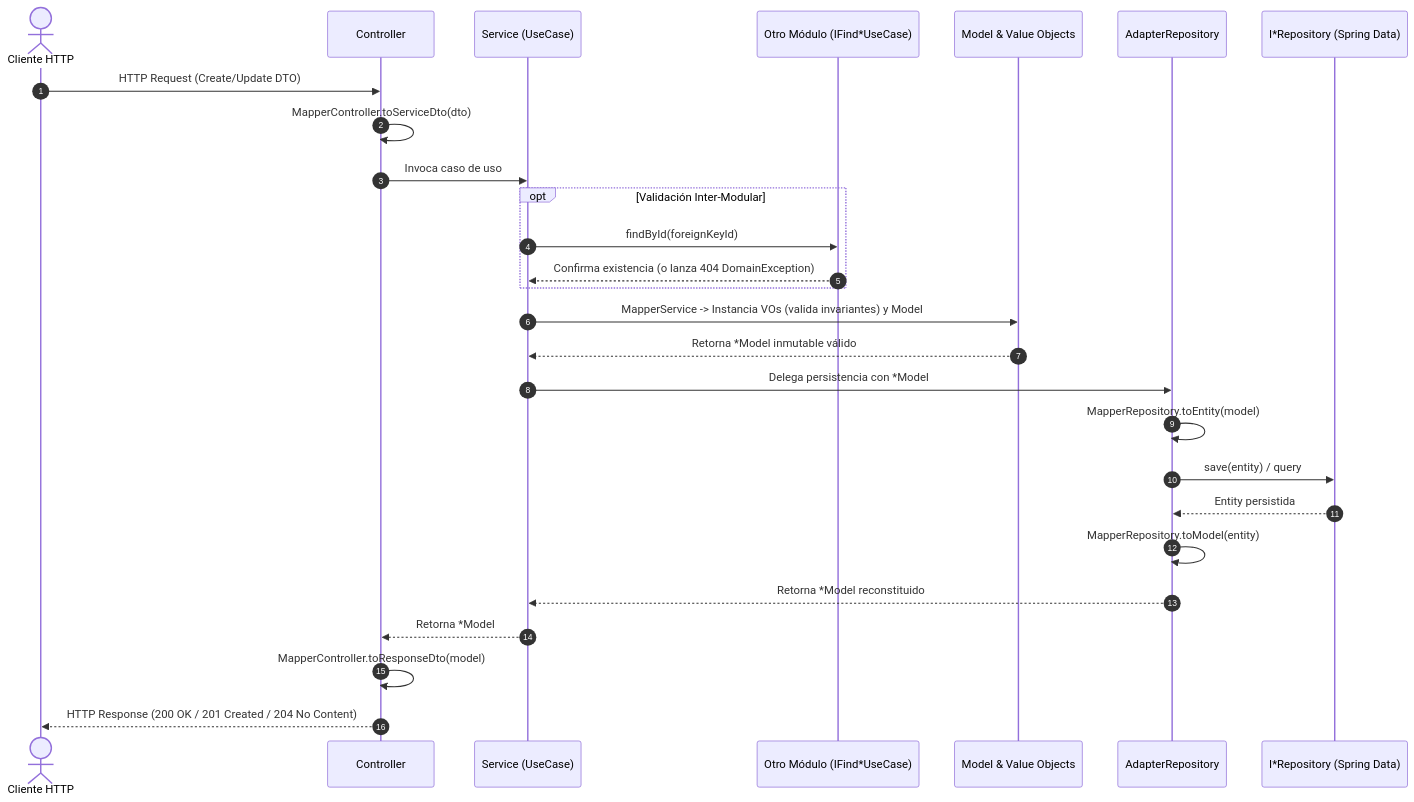
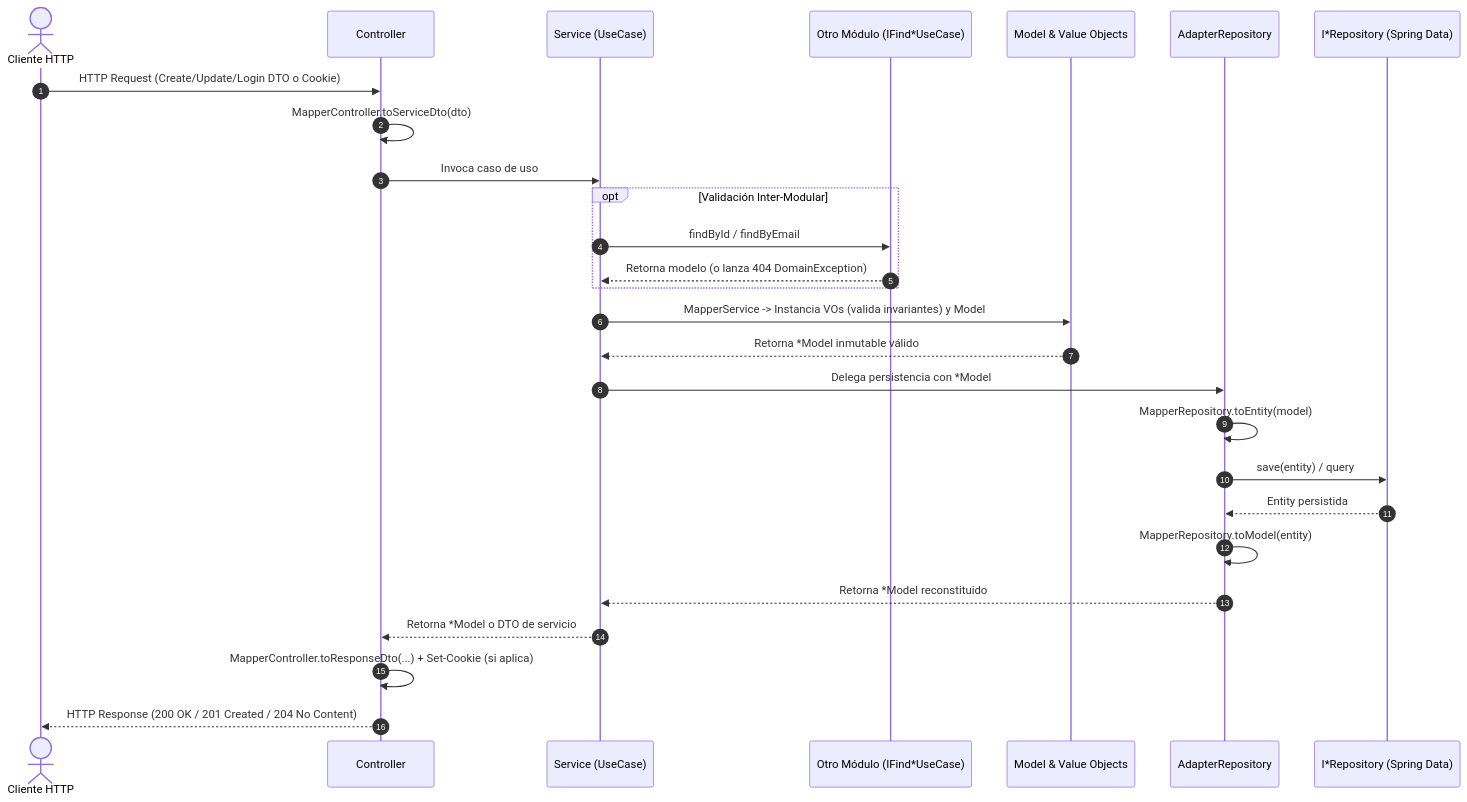
Before and after one commit to rafael20044/todo-back-modular: the second of 2 diagrams in doc/architecture.md, drawn with Mermaid. The commit also changed other lines of this file and 5 other files, not shown here.

````diff
--- a/doc/architecture.md
+++ b/doc/architecture.md
@@ -72,30 +76,30 @@
 ```mermaid
 sequenceDiagram
     autonumber
     actor Client as Cliente HTTP
     participant Ctrl as Controller
     participant Svc as Service (UseCase)
     participant Cross as Otro Módulo (IFind*UseCase)
     participant Dom as Model & Value Objects
     participant Adp as AdapterRepository
     participant JPA as I*Repository (Spring Data)
 
-    Client->>Ctrl: HTTP Request (Create/Update DTO)
+    Client->>Ctrl: HTTP Request (Create/Update/Login DTO o Cookie)
     Ctrl->>Ctrl: MapperController.toServiceDto(dto)
     Ctrl->>Svc: Invoca caso de uso
     opt Validación Inter-Modular
-        Svc->>Cross: findById(foreignKeyId)
-        Cross-->>Svc: Confirma existencia (o lanza 404 DomainException)
+        Svc->>Cross: findById / findByEmail
+        Cross-->>Svc: Retorna modelo (o lanza 404 DomainException)
     end
     Svc->>Dom: MapperService -> Instancia VOs (valida invariantes) y Model
     Dom-->>Svc: Retorna *Model inmutable válido
     Svc->>Adp: Delega persistencia con *Model
     Adp->>Adp: MapperRepository.toEntity(model)
     Adp->>JPA: save(entity) / query
     JPA-->>Adp: Entity persistida
     Adp->>Adp: MapperRepository.toModel(entity)
     Adp-->>Svc: Retorna *Model reconstituido
-    Svc-->>Ctrl: Retorna *Model
-    Ctrl->>Ctrl: MapperController.toResponseDto(model)
+    Svc-->>Ctrl: Retorna *Model o DTO de servicio
+    Ctrl->>Ctrl: MapperController.toResponseDto(...) + Set-Cookie (si aplica)
     Ctrl-->>Client: HTTP Response (200 OK / 201 Created / 204 No Content)
 ```
````
